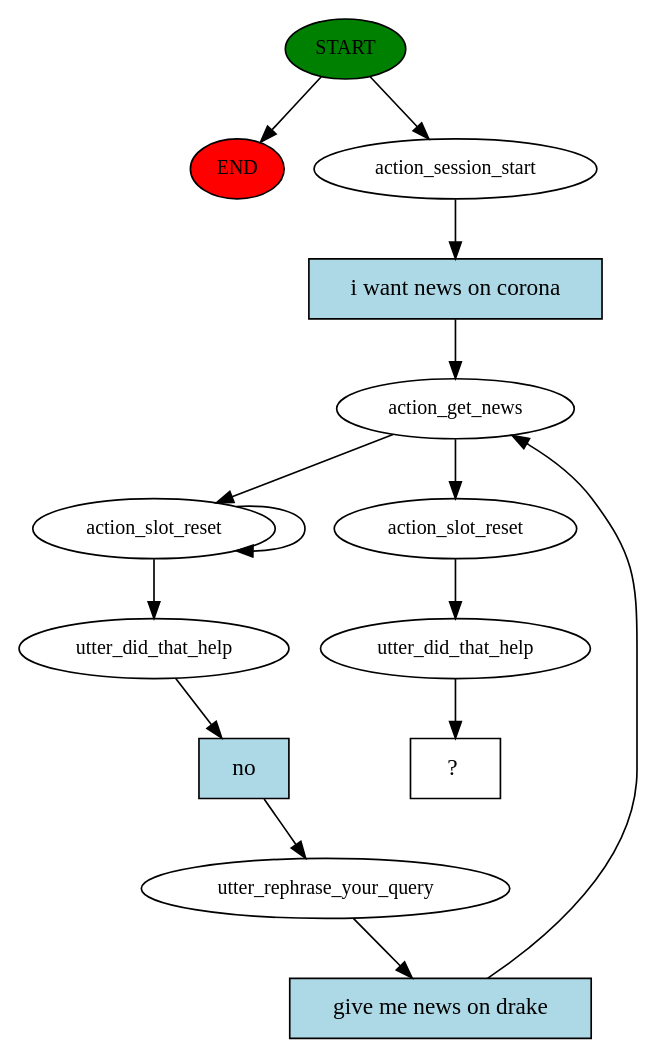
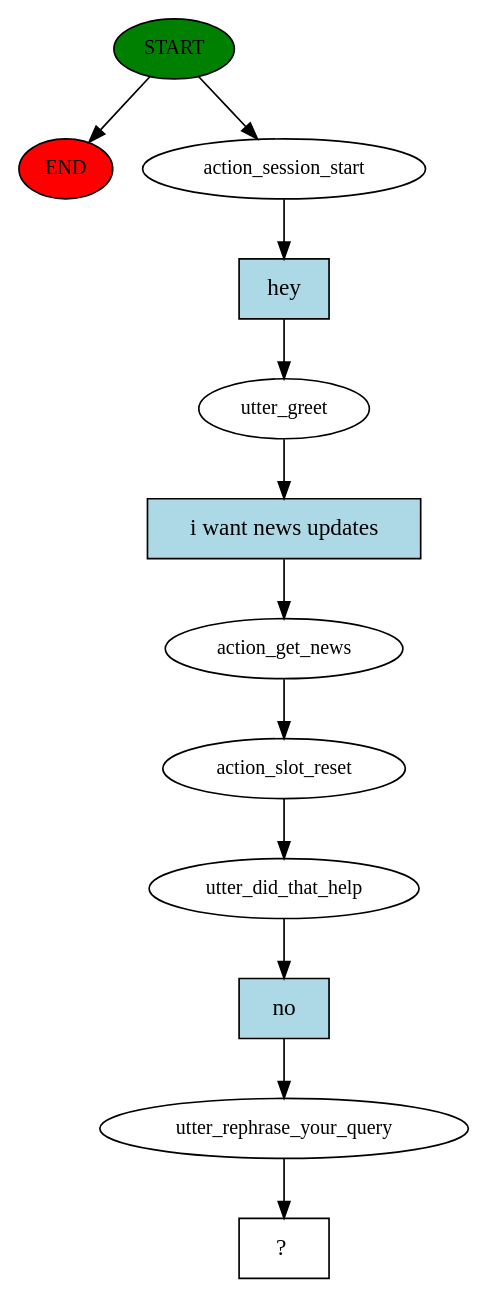
One commit to AyodejiIbimilua/jamisi-bot changed the diagram in story_graph.dot. Above: the diagram before and after it, drawn with Graphviz. The commit also changed 8 other files, not shown here.

```diff
--- a/story_graph.dot
+++ b/story_graph.dot
@@ -1,29 +1,25 @@
 digraph  {
 0 [class="start active", fillcolor=green, fontsize=12, label=START, style=filled];
 "-1" [class=end, fillcolor=red, fontsize=12, label=END, style=filled];
 1 [class=active, fontsize=12, label=action_session_start];
-2 [class=active, fontsize=12, label=action_get_news];
-3 [class=active, fontsize=12, label=action_slot_reset];
+2 [class=active, fontsize=12, label=utter_greet];
+3 [class=active, fontsize=12, label=action_get_news];
+4 [class=active, fontsize=12, label=action_slot_reset];
 5 [class=active, fontsize=12, label=utter_did_that_help];
 6 [class=active, fontsize=12, label=utter_rephrase_your_query];
-8 [class=active, fontsize=12, label=action_slot_reset];
-9 [class=active, fontsize=12, label=utter_did_that_help];
-10 [class="intent dashed active", label="  ?  ", shape=rect];
-11 [class="intent active", fillcolor=lightblue, label="i want news on corona", shape=rect, style=filled];
-12 [class="intent active", fillcolor=lightblue, label=no, shape=rect, style=filled];
-13 [class="intent active", fillcolor=lightblue, label="give me news on drake", shape=rect, style=filled];
+7 [class="intent dashed active", label="  ?  ", shape=rect];
+8 [class="intent active", fillcolor=lightblue, label=hey, shape=rect, style=filled];
+9 [class="intent active", fillcolor=lightblue, label="i want news updates", shape=rect, style=filled];
+10 [class="intent active", fillcolor=lightblue, label=no, shape=rect, style=filled];
 0 -> "-1"  [class="", key=NONE, label=""];
 0 -> 1  [class=active, key=NONE, label=""];
-1 -> 11  [class=active, key=0];
-2 -> 3  [class=active, key=NONE, label=""];
-2 -> 8  [class=active, key=NONE, label=""];
-3 -> 5  [class=active, key=NONE, label=""];
-3 -> 3  [class=active, key=NONE, label=""];
-5 -> 12  [class=active, key=0];
-6 -> 13  [class=active, key=0];
-8 -> 9  [class=active, key=NONE, label=""];
-9 -> 10  [class=active, key=NONE, label=""];
-11 -> 2  [class=active, key=0];
-12 -> 6  [class=active, key=0];
-13 -> 2  [class=active, key=0];
+1 -> 8  [class=active, key=0];
+2 -> 9  [class=active, key=0];
+3 -> 4  [class=active, key=NONE, label=""];
+4 -> 5  [class=active, key=NONE, label=""];
+5 -> 10  [class=active, key=0];
+6 -> 7  [class=active, key=NONE, label=""];
+8 -> 2  [class=active, key=0];
+9 -> 3  [class=active, key=0];
+10 -> 6  [class=active, key=0];
 }
```
